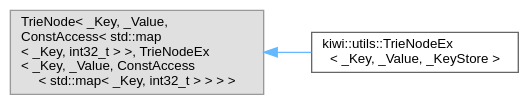
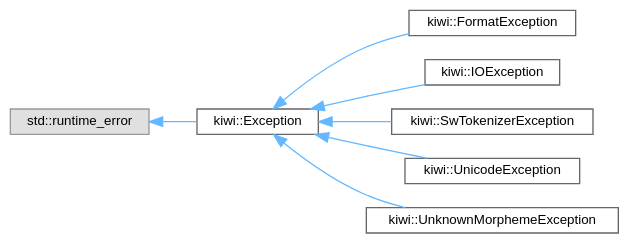
The diagram in inherit_graph_148.dot (bab2min/Kiwi), drawn with Graphviz before and after one commit. The commit also changed 159 other files, not shown here.

```diff
--- a/inherit_graph_148.dot
+++ b/inherit_graph_148.dot
@@ -1,11 +1,21 @@
 digraph "Graphical Class Hierarchy"
 {
  // LATEX_PDF_SIZE
   bgcolor="transparent";
   edge [fontname=Helvetica,fontsize=10,labelfontname=Helvetica,labelfontsize=10];
   node [fontname=Helvetica,fontsize=10,shape=box,height=0.2,width=0.4];
   rankdir="LR";
-  Node0 [id="Node000000",label="TrieNode\< _Key, _Value,\l ConstAccess\< std::map\l\< _Key, int32_t \> \>, TrieNodeEx\l\< _Key, _Value, ConstAccess\l\< std::map\< _Key, int32_t \> \> \> \>",height=0.2,width=0.4,color="grey60", fillcolor="#E0E0E0", style="filled",tooltip=" "];
-  Node0 -> Node1 [id="edge35_Node000000_Node000001",dir="back",color="steelblue1",style="solid",tooltip=" "];
-  Node1 [id="Node000001",label="kiwi::utils::TrieNodeEx\l\< _Key, _Value, _KeyStore \>",height=0.2,width=0.4,color="grey40", fillcolor="white", style="filled",URL="$structkiwi_1_1utils_1_1TrieNodeEx.html",tooltip=" "];
+  Node0 [id="Node000000",label="std::runtime_error",height=0.2,width=0.4,color="grey60", fillcolor="#E0E0E0", style="filled",tooltip=" "];
+  Node0 -> Node1 [id="edge25_Node000000_Node000001",dir="back",color="steelblue1",style="solid",tooltip=" "];
+  Node1 [id="Node000001",label="kiwi::Exception",height=0.2,width=0.4,color="grey40", fillcolor="white", style="filled",URL="$classkiwi_1_1Exception.html",tooltip=" "];
+  Node1 -> Node2 [id="edge26_Node000001_Node000002",dir="back",color="steelblue1",style="solid",tooltip=" "];
+  Node2 [id="Node000002",label="kiwi::FormatException",height=0.2,width=0.4,color="grey40", fillcolor="white", style="filled",URL="$classkiwi_1_1FormatException.html",tooltip=" "];
+  Node1 -> Node3 [id="edge27_Node000001_Node000003",dir="back",color="steelblue1",style="solid",tooltip=" "];
+  Node3 [id="Node000003",label="kiwi::IOException",height=0.2,width=0.4,color="grey40", fillcolor="white", style="filled",URL="$classkiwi_1_1IOException.html",tooltip=" "];
+  Node1 -> Node4 [id="edge28_Node000001_Node000004",dir="back",color="steelblue1",style="solid",tooltip=" "];
+  Node4 [id="Node000004",label="kiwi::SwTokenizerException",height=0.2,width=0.4,color="grey40", fillcolor="white", style="filled",URL="$classkiwi_1_1SwTokenizerException.html",tooltip=" "];
+  Node1 -> Node5 [id="edge29_Node000001_Node000005",dir="back",color="steelblue1",style="solid",tooltip=" "];
+  Node5 [id="Node000005",label="kiwi::UnicodeException",height=0.2,width=0.4,color="grey40", fillcolor="white", style="filled",URL="$classkiwi_1_1UnicodeException.html",tooltip=" "];
+  Node1 -> Node6 [id="edge30_Node000001_Node000006",dir="back",color="steelblue1",style="solid",tooltip=" "];
+  Node6 [id="Node000006",label="kiwi::UnknownMorphemeException",height=0.2,width=0.4,color="grey40", fillcolor="white", style="filled",URL="$classkiwi_1_1UnknownMorphemeException.html",tooltip=" "];
 }
```
